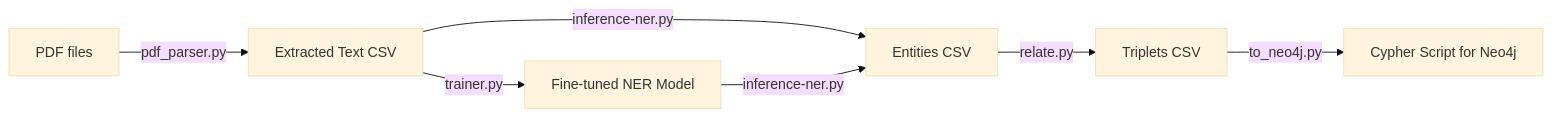
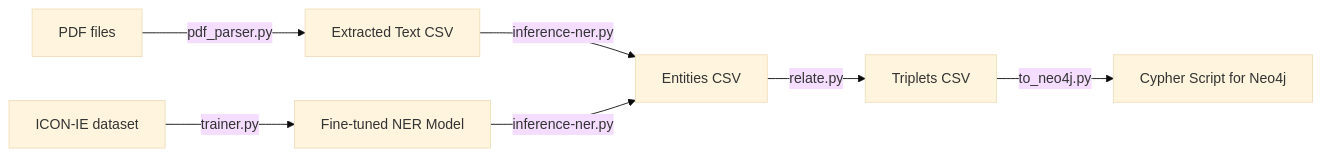
Before and after one commit to pedro-leitao/ner-econ-research: the diagram in README.md, drawn with Mermaid (base theme).

Commit message:
Fixed mermaid diagram

````diff
--- a/README.md
+++ b/README.md
@@ -36,9 +36,10 @@
 ```mermaid
 graph LR;
     A[PDF files] -->|pdf_parser.py| B[Extracted Text CSV];
-    B -->|trainer.py| C[Fine-tuned NER Model];
+    G[ICON-IE dataset] -->|trainer.py| C;
+    C[Fine-tuned NER Model];
     B -->|inference-ner.py| D[Entities CSV];
     C -->|inference-ner.py| D;
     D -->|relate.py| E[Triplets CSV];
     E -->|to_neo4j.py| F[Cypher Script for Neo4j];
 ```
````
